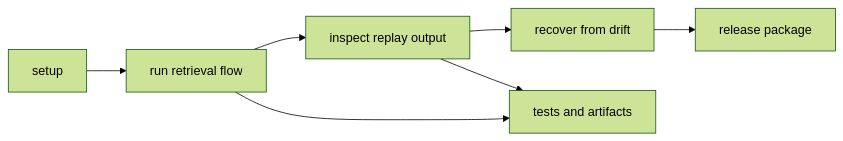
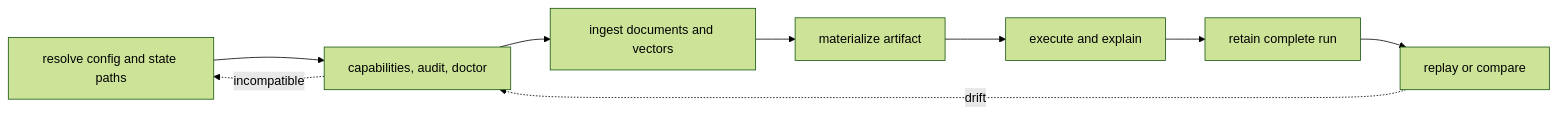
Before and after one commit to bijux/bijux-canon: the diagram in docs/03-bijux-canon-index/operations/index.md, drawn with Mermaid (forest theme). The commit also changed other lines of this file and 3 other files, not shown here.

````diff
--- a/docs/03-bijux-canon-index/operations/index.md
+++ b/docs/03-bijux-canon-index/operations/index.md
@@ -16,13 +19,14 @@
 ```mermaid
 flowchart LR
-    setup["setup"]
-    query["run retrieval flow"]
-    inspect["inspect replay output"]
-    recover["recover from drift"]
-    release["release package"]
-    proof["tests and artifacts"]
+    configure["resolve config and state paths"]
+    discover["capabilities, audit, doctor"]
+    ingest["ingest documents and vectors"]
+    materialize["materialize artifact"]
+    execute["execute and explain"]
+    retain["retain complete run"]
+    compare["replay or compare"]
 
-    setup --> query --> inspect --> recover --> release
-    query --> proof
-    inspect --> proof
+    configure --> discover --> ingest --> materialize --> execute --> retain --> compare
+    discover -. incompatible .-> configure
+    compare -. drift .-> discover
 ```
````
